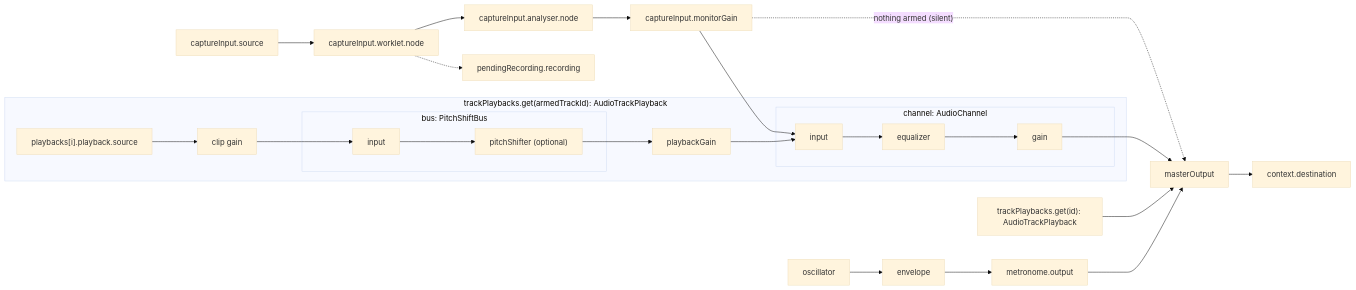
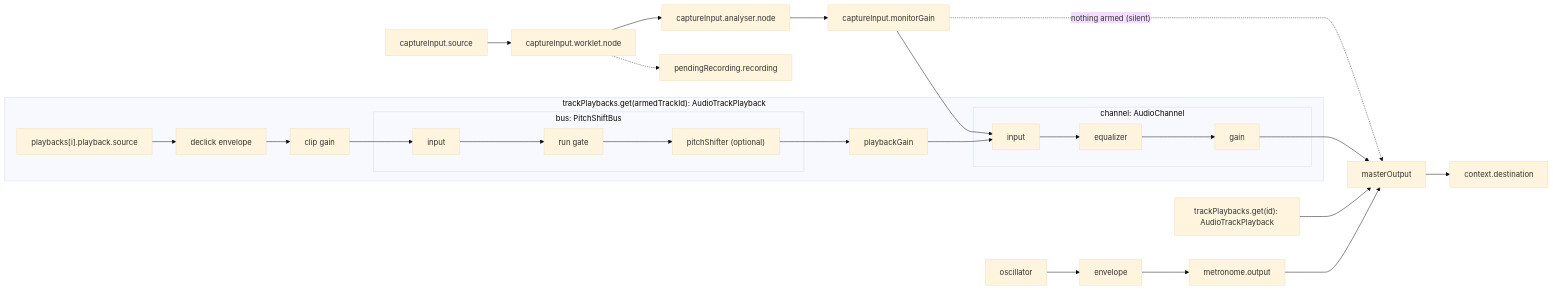
One commit to hi-ogawa/toy-midi changed the diagram in src/lib/recorder/README.md. Above: the diagram before and after it, drawn with Mermaid (base theme). The commit also changed 2 other files, not shown here.

Commit message:
fix: declick audio clip playback on play, pause, and seek

````diff
--- a/src/lib/recorder/README.md
+++ b/src/lib/recorder/README.md
@@ -5,30 +5,32 @@
 ```mermaid
 flowchart LR
     captureSource["captureInput.source"] --> captureWorklet["captureInput.worklet.node"]
     captureWorklet -.-> recording["pendingRecording.recording"]
     captureWorklet --> analyser["captureInput.analyser.node"]
     analyser --> monitorGain["captureInput.monitorGain"]
     monitorGain --> captureInput
     monitorGain -. "nothing armed (silent)" .-> masterOutput
 
     subgraph captureTrack["trackPlaybacks.get(armedTrackId): AudioTrackPlayback"]
-        takeSource["playbacks[i].playback.source"] --> clipGain["clip gain"]
+        takeSource["playbacks[i].playback.source"] --> takeEnvelope["declick envelope"]
+        takeEnvelope --> clipGain["clip gain"]
         clipGain --> takeBusInput
         subgraph takePitchShiftBus["bus: PitchShiftBus"]
-            takeBusInput["input"] --> takePitchShifter["pitchShifter (optional)"]
+            takeBusInput["input"] --> takeGate["run gate"]
+            takeGate --> takePitchShifter["pitchShifter (optional)"]
         end
         takePitchShifter --> takePlaybackGain["playbackGain"]
         takePlaybackGain --> captureInput
         subgraph captureChannel["channel: AudioChannel"]
             captureInput["input"] --> captureEqualizer["equalizer"]
             captureEqualizer --> captureGain["gain"]
         end
     end
 
     captureGain --> masterOutput["masterOutput"]
     audioTrack["trackPlaybacks.get(id): AudioTrackPlayback"] --> masterOutput
     oscillator["oscillator"] --> envelope["envelope"]
     envelope --> metronomeOutput["metronome.output"]
     metronomeOutput --> masterOutput
     masterOutput --> destination["context.destination"]
 ```
````
